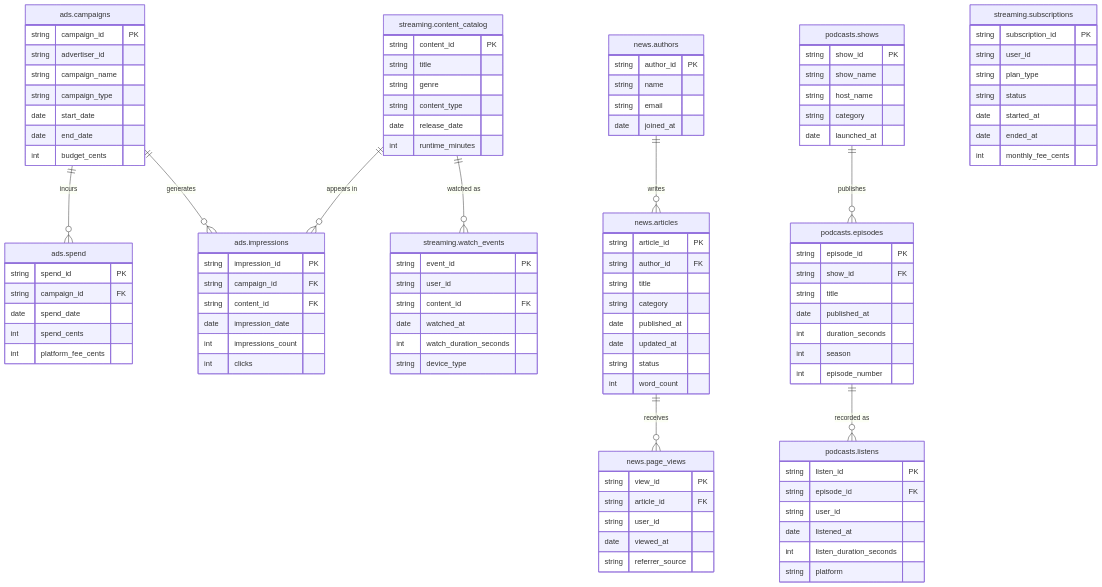
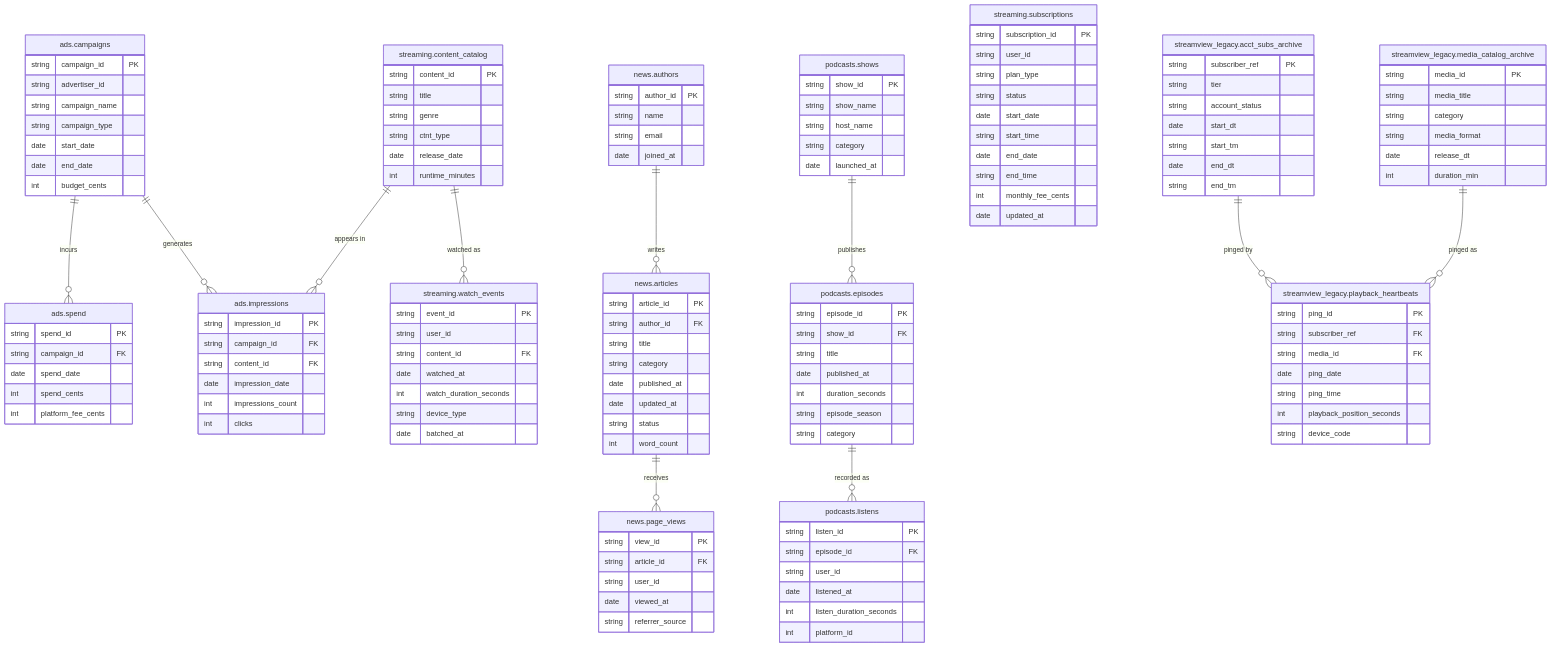
One commit to godatadriven/academy-dbt-at-scale changed the diagram in docs/mediapulse/data-erd.md. Above: the diagram before and after it, drawn with Mermaid. The commit also changed other lines of this file and 1 other file, not shown here.

Commit message:
Update to new 2 project

```diff
--- a/docs/mediapulse/data-erd.md
+++ b/docs/mediapulse/data-erd.md
@@ -75,8 +75,8 @@
         string title
         date   published_at
         int    duration_seconds
-        int    season
-        int    episode_number
+        string episode_season
+        string category
     }
 
     podcasts.listens {
@@ -85,14 +85,14 @@
         string user_id
         date   listened_at
         int    listen_duration_seconds
-        string platform
+        int    platform_id
     }
 
     streaming.content_catalog {
         string content_id      PK
         string title
         string genre
-        string content_type
+        string ctnt_type
         date   release_date
         int    runtime_minutes
     }
@@ -102,9 +102,12 @@
         string user_id
         string plan_type
         string status
-        date   started_at
-        date   ended_at
+        date   start_date
+        string start_time
+        date   end_date
+        string end_time
         int    monthly_fee_cents
+        date   updated_at
     }
 
     streaming.watch_events {
@@ -114,9 +117,41 @@
         date   watched_at
         int    watch_duration_seconds
         string device_type
+        date   batched_at
+    }
+
+    streamview_legacy.media_catalog_archive {
+        string media_id      PK
+        string media_title
+        string category
+        string media_format
+        date   release_dt
+        int    duration_min
+    }
+
+    streamview_legacy.acct_subs_archive {
+        string subscriber_ref  PK
+        string tier
+        string account_status
+        date   start_dt
+        string start_tm
+        date   end_dt
+        string end_tm
+    }
+
+    streamview_legacy.playback_heartbeats {
+        string ping_id                    PK
+        string subscriber_ref             FK
+        string media_id                   FK
+        date   ping_date
+        string ping_time
+        int    playback_position_seconds
+        string device_code
     }
 
     streaming.content_catalog ||--o{ streaming.watch_events : "watched as"
+    streamview_legacy.media_catalog_archive ||--o{ streamview_legacy.playback_heartbeats : "pinged as"
+    streamview_legacy.acct_subs_archive      ||--o{ streamview_legacy.playback_heartbeats : "pinged by"
     ads.campaigns        ||--o{ ads.impressions           : "generates"
     ads.campaigns        ||--o{ ads.spend                 : "incurs"
     streaming.content_catalog ||--o{ ads.impressions      : "appears in"
```
